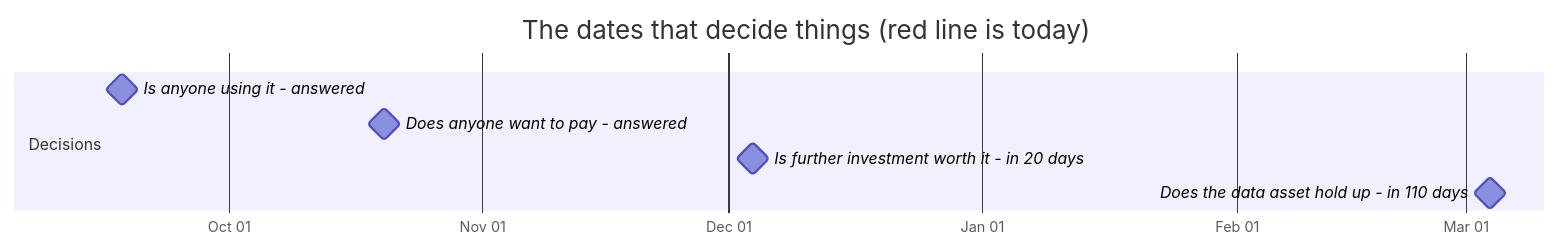
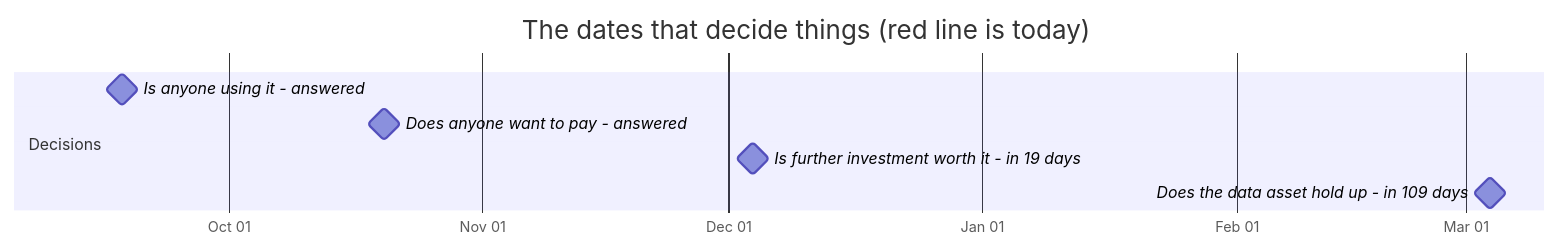
One commit to jakegu1/vetagent changed the first of 2 diagrams in docs/OWNER.md. Above: the diagram before and after it, drawn with Mermaid. The commit also changed other lines of this file, not shown here.

````diff
--- a/docs/OWNER.md
+++ b/docs/OWNER.md
@@ -67,12 +67,12 @@
 ```mermaid
 gantt
     dateFormat YYYY-MM-DD
     axisFormat %b %d
     todayMarker stroke-width:3px,stroke:#d33,stroke-dasharray:0
     title The dates that decide things (red line is today)
     section Decisions
     Is anyone using it - answered :milestone, 2026-09-18, 0d
     Does anyone want to pay - answered :milestone, 2026-10-20, 0d
-    Is further investment worth it - in 20 days :milestone, 2026-12-04, 0d
-    Does the data asset hold up - in 110 days :milestone, 2027-03-04, 0d
+    Is further investment worth it - in 19 days :milestone, 2026-12-04, 0d
+    Does the data asset hold up - in 109 days :milestone, 2027-03-04, 0d
 ```
````
